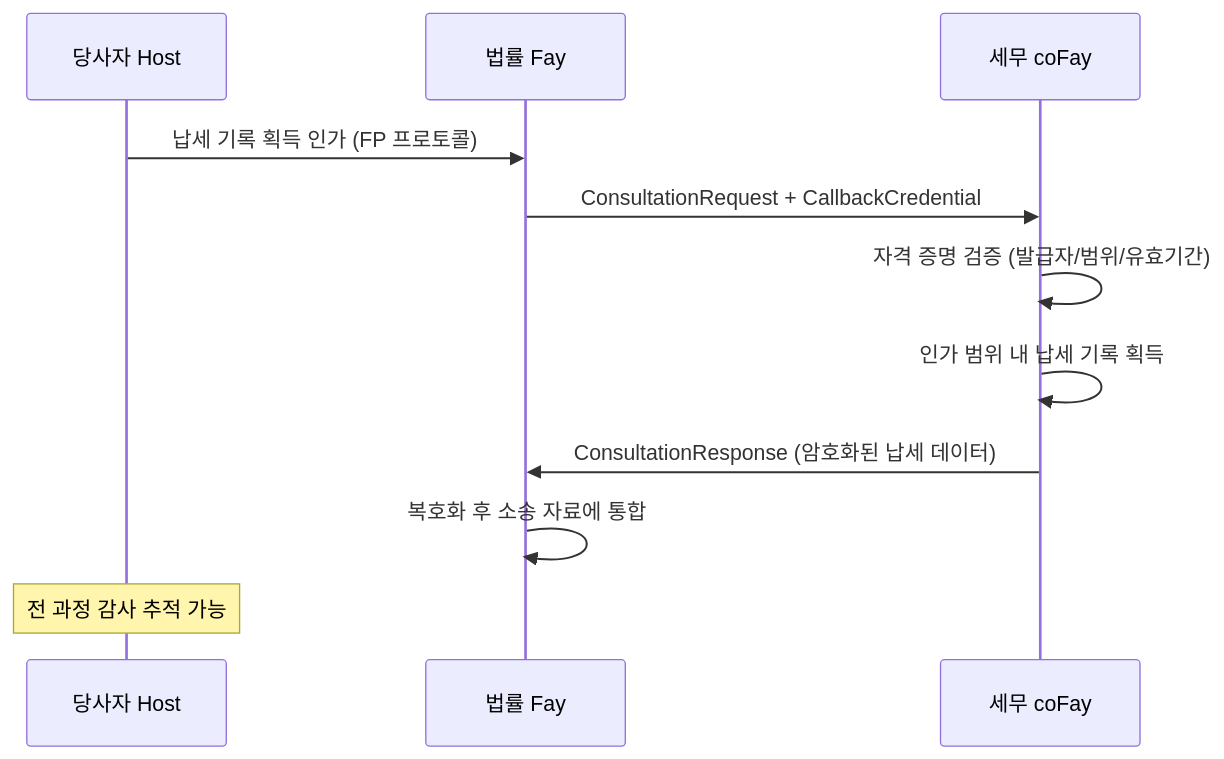
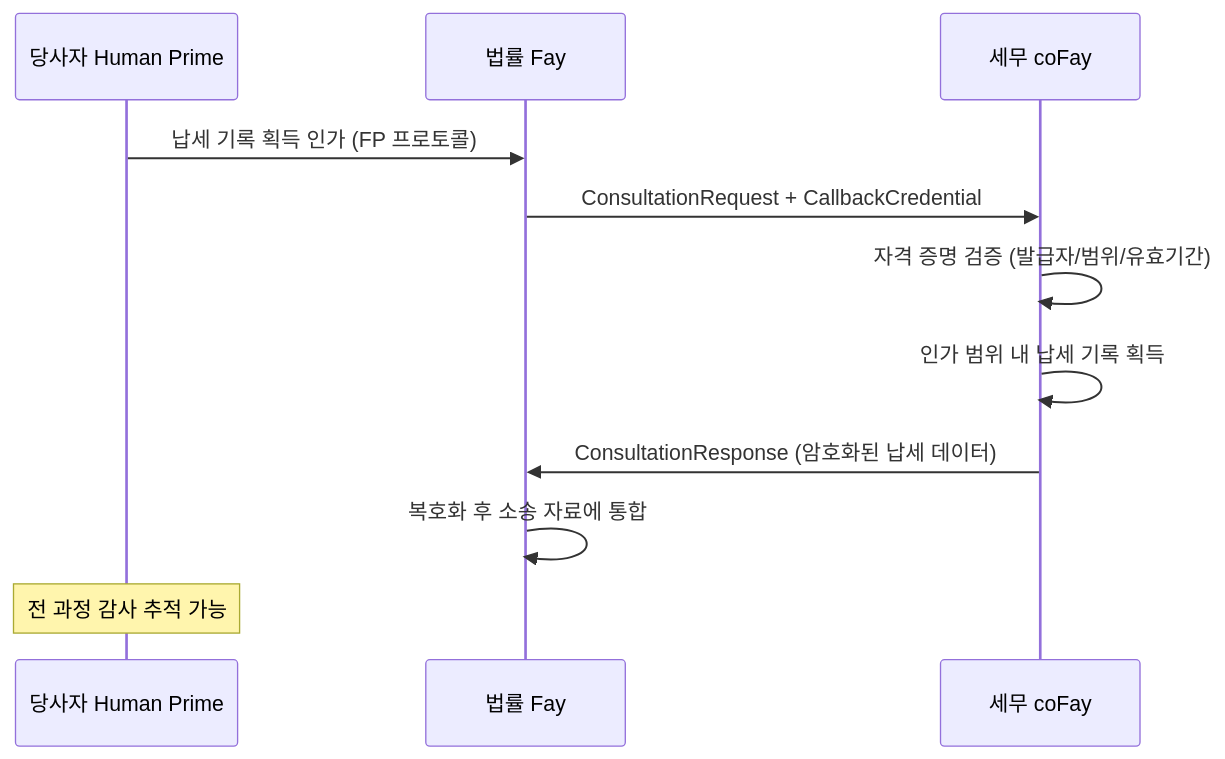
The third of 5 diagrams in docs/ko/blueprint/4-응용 시나리오.md (ChainModePilot/Telepathy-Protocol), drawn with Mermaid before and after one commit. The commit also changed other lines of this file and 68 other files, not shown here.

First line of the commit message:
Use 'Human Prime' instead of 'Host' in blueprints

````diff
--- a/docs/ko/blueprint/4-응용 시나리오.md
+++ b/docs/ko/blueprint/4-응용 시나리오.md
@@ -84,14 +84,14 @@
 ```mermaid
 sequenceDiagram
-    participant C as 당사자 Host
+    participant C as 당사자 Human Prime
     participant LF as 법률 Fay
     participant TF as 세무 coFay
 
     C->>LF: 납세 기록 획득 인가 (FP 프로토콜)
     LF->>TF: ConsultationRequest + CallbackCredential
     TF->>TF: 자격 증명 검증 (발급자/범위/유효기간)
     TF->>TF: 인가 범위 내 납세 기록 획득
     TF->>LF: ConsultationResponse (암호화된 납세 데이터)
     LF->>LF: 복호화 후 소송 자료에 통합
     Note over C: 전 과정 감사 추적 가능
 ```
````
